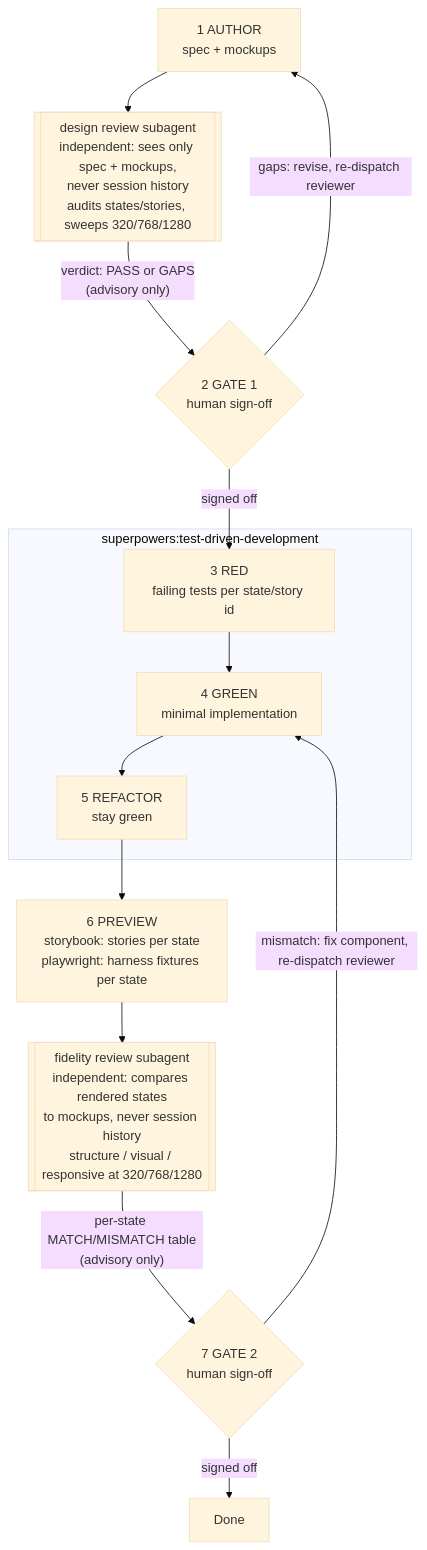
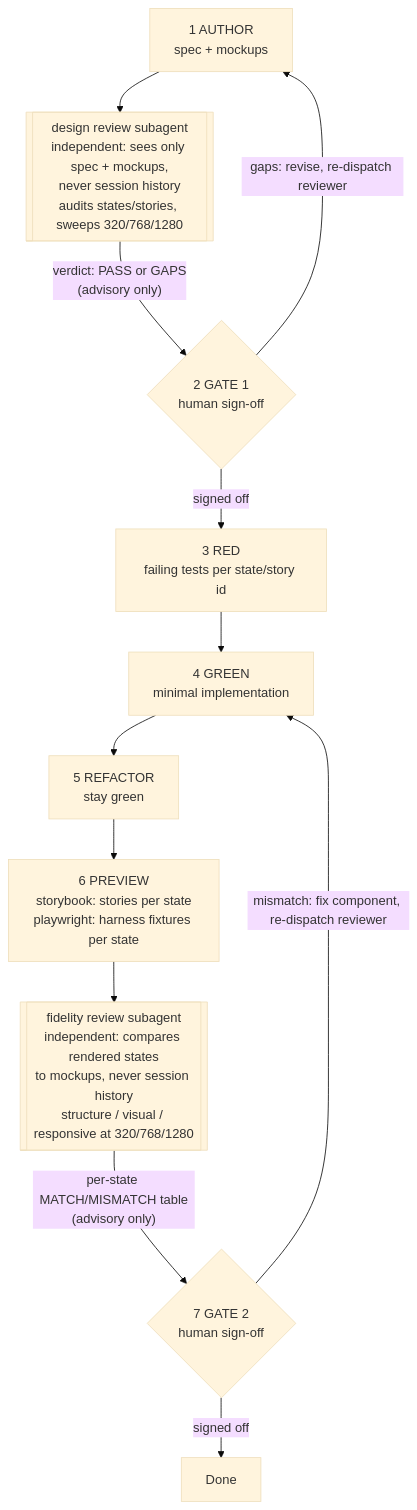
Before and after one commit to Tom-Davis34/claudius-guifex: the diagram in README.md, drawn with Mermaid (base theme). The commit also changed other lines of this file, not shown here.

Commit message:
docs: drop superpowers tdd reference from workflow diagram
Claude-Session: https://claude.ai/code/session_01R1NYsrFSD4fKiaGp6URTbp

````diff
--- a/README.md
+++ b/README.md
@@ -119,16 +119,14 @@
 ```mermaid
 flowchart TD
     A["1 AUTHOR<br/>spec + mockups"] --> SR1[["design review subagent<br/>independent: sees only spec + mockups,<br/>never session history<br/>audits states/stories, sweeps 320/768/1280"]]
     SR1 -- "verdict: PASS or GAPS<br/>(advisory only)" --> G1{"2 GATE 1<br/>human sign-off"}
     G1 -- "gaps: revise, re-dispatch reviewer" --> A
     G1 -- "signed off" --> R
-    subgraph TDD ["superpowers:test-driven-development"]
-        R["3 RED<br/>failing tests per state/story id"] --> G["4 GREEN<br/>minimal implementation"]
-        G --> RF["5 REFACTOR<br/>stay green"]
-    end
+    R["3 RED<br/>failing tests per state/story id"] --> G["4 GREEN<br/>minimal implementation"]
+    G --> RF["5 REFACTOR<br/>stay green"]
     RF --> P["6 PREVIEW<br/>storybook: stories per state<br/>playwright: harness fixtures per state"]
     P --> SR2[["fidelity review subagent<br/>independent: compares rendered states<br/>to mockups, never session history<br/>structure / visual / responsive at 320/768/1280"]]
     SR2 -- "per-state MATCH/MISMATCH table<br/>(advisory only)" --> G2{"7 GATE 2<br/>human sign-off"}
     G2 -- "mismatch: fix component, re-dispatch reviewer" --> G
     G2 -- "signed off" --> D["Done"]
 ```
````
